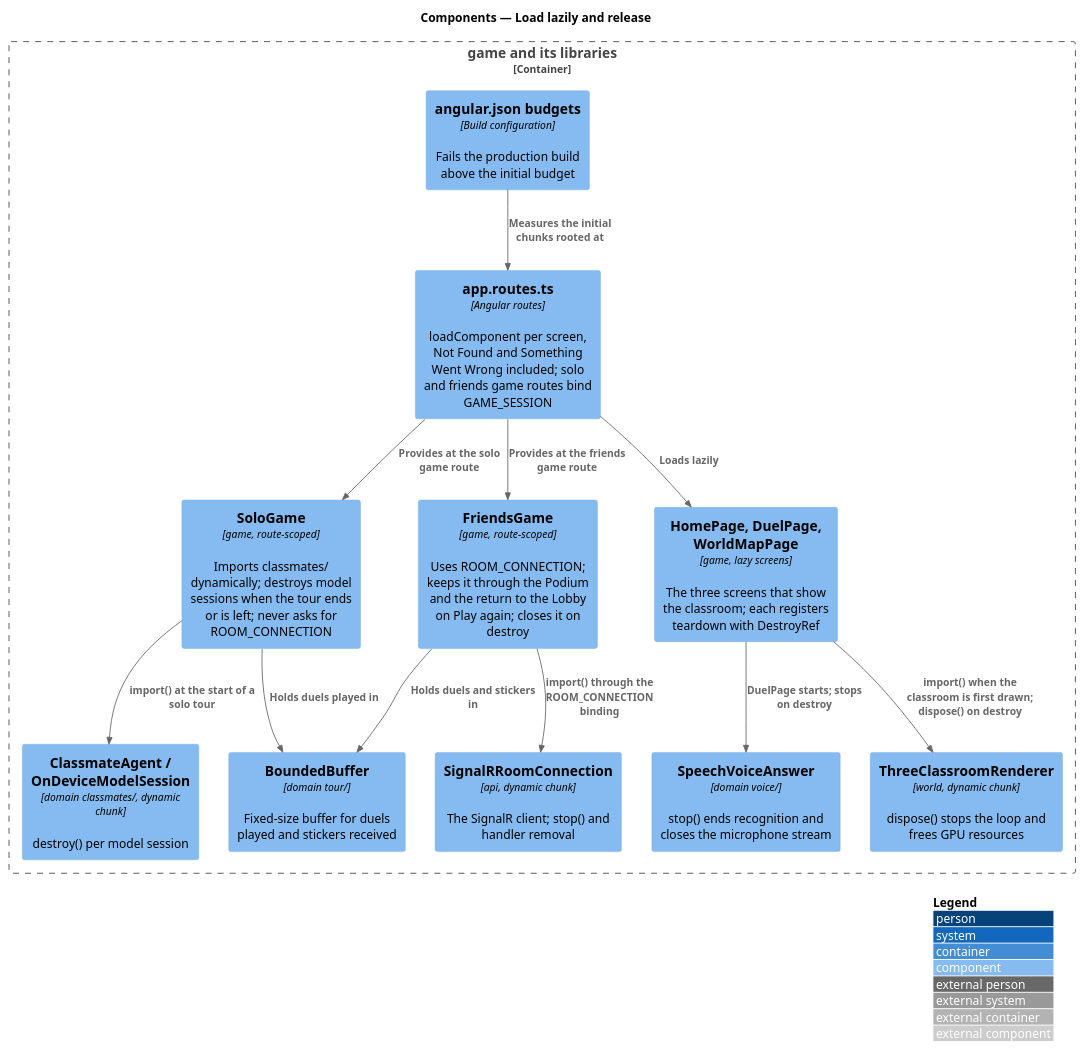
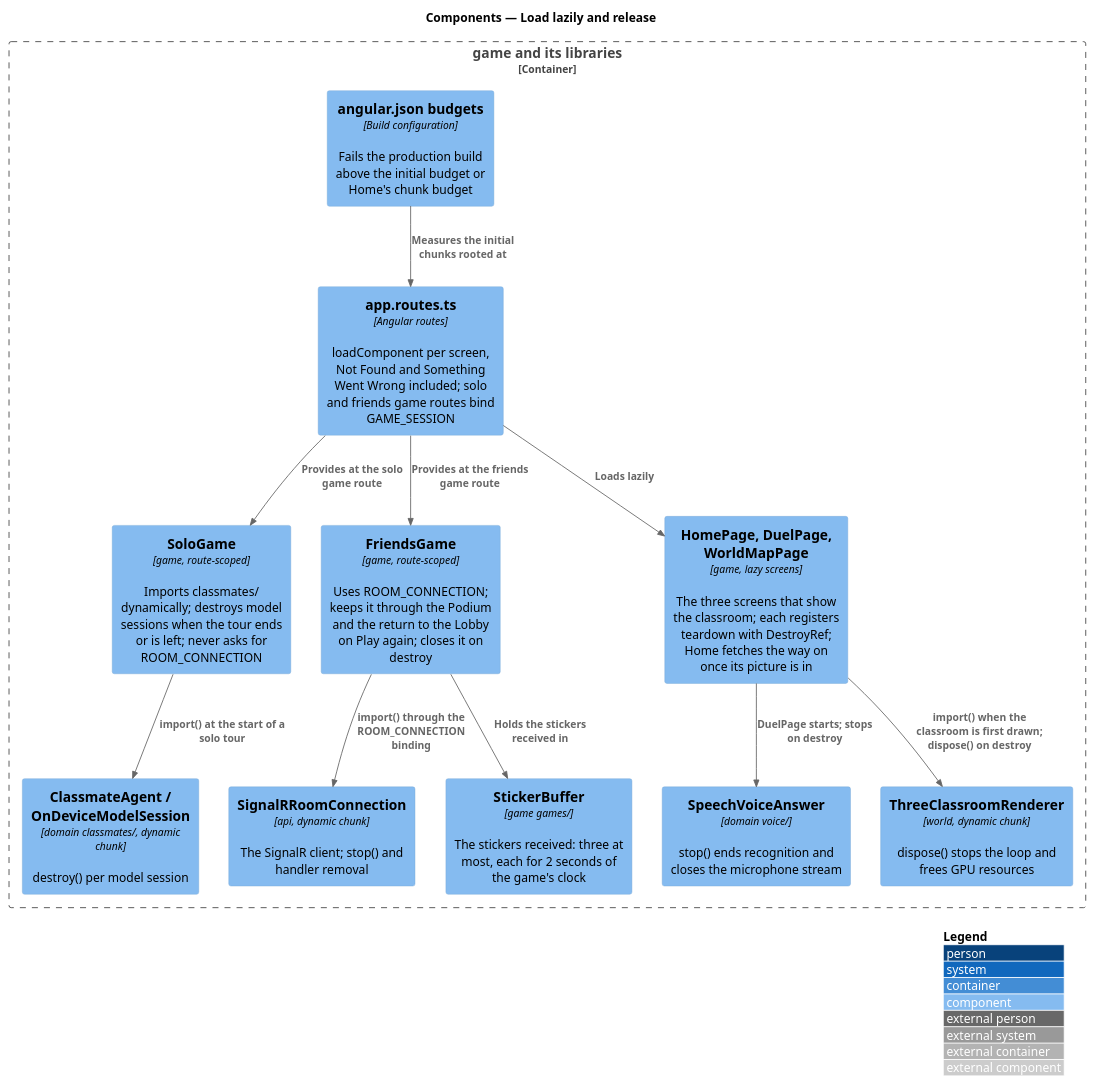
One commit to QuinntyneBrown/around-the-world changed the diagram in docs/detailed-designs/platform/load-lazily-and-release/diagrams/c4-component.puml. Above: the diagram before and after it, drawn with PlantUML. The commit also changed 11 other files, not shown here.

First line of the commit message:
Journey 18: record the profiles, the picture first, the way on, CDK Dialog, the measurements and the budgets (ADR 0038), and resolve the design's open items

```diff
--- a/docs/detailed-designs/platform/load-lazily-and-release/diagrams/c4-component.puml
+++ b/docs/detailed-designs/platform/load-lazily-and-release/diagrams/c4-component.puml
@@ -1,28 +1,27 @@
 @startuml
 !include <C4/C4_Component>
 LAYOUT_WITH_LEGEND()
 title Components — Load lazily and release
 
 Container_Boundary(game, "game and its libraries") {
-  Component(budget, "angular.json budgets", "Build configuration", "Fails the production build above the initial budget")
+  Component(budget, "angular.json budgets", "Build configuration", "Fails the production build above the initial budget or Home's chunk budget")
   Component(routes, "app.routes.ts", "Angular routes", "loadComponent per screen, Not Found and Something Went Wrong included; solo and friends game routes bind GAME_SESSION")
   Component(solo, "SoloGame", "game, route-scoped", "Imports classmates/ dynamically; destroys model sessions when the tour ends or is left; never asks for ROOM_CONNECTION")
   Component(friends, "FriendsGame", "game, route-scoped", "Uses ROOM_CONNECTION; keeps it through the Podium and the return to the Lobby on Play again; closes it on destroy")
-  Component(duel, "HomePage, DuelPage, WorldMapPage", "game, lazy screens", "The three screens that show the classroom; each registers teardown with DestroyRef")
+  Component(duel, "HomePage, DuelPage, WorldMapPage", "game, lazy screens", "The three screens that show the classroom; each registers teardown with DestroyRef; Home fetches the way on once its picture is in")
   Component(conn, "SignalRRoomConnection", "api, dynamic chunk", "The SignalR client; stop() and handler removal")
   Component(voice, "SpeechVoiceAnswer", "domain voice/", "stop() ends recognition and closes the microphone stream")
   Component(agents, "ClassmateAgent / OnDeviceModelSession", "domain classmates/, dynamic chunk", "destroy() per model session")
   Component(renderer, "ThreeClassroomRenderer", "world, dynamic chunk", "dispose() stops the loop and frees GPU resources")
-  Component(buffer, "BoundedBuffer", "domain tour/", "Fixed-size buffer for duels played and stickers received")
+  Component(buffer, "StickerBuffer", "game games/", "The stickers received: three at most, each for 2 seconds of the game's clock")
 }
 Rel(budget, routes, "Measures the initial chunks rooted at")
 Rel(routes, duel, "Loads lazily")
 Rel(routes, solo, "Provides at the solo game route")
 Rel(routes, friends, "Provides at the friends game route")
 Rel(solo, agents, "import() at the start of a solo tour")
 Rel(friends, conn, "import() through the ROOM_CONNECTION binding")
 Rel(duel, renderer, "import() when the classroom is first drawn; dispose() on destroy")
 Rel(duel, voice, "DuelPage starts; stops on destroy")
-Rel(solo, buffer, "Holds duels played in")
-Rel(friends, buffer, "Holds duels and stickers in")
+Rel(friends, buffer, "Holds the stickers received in")
 @enduml
```
